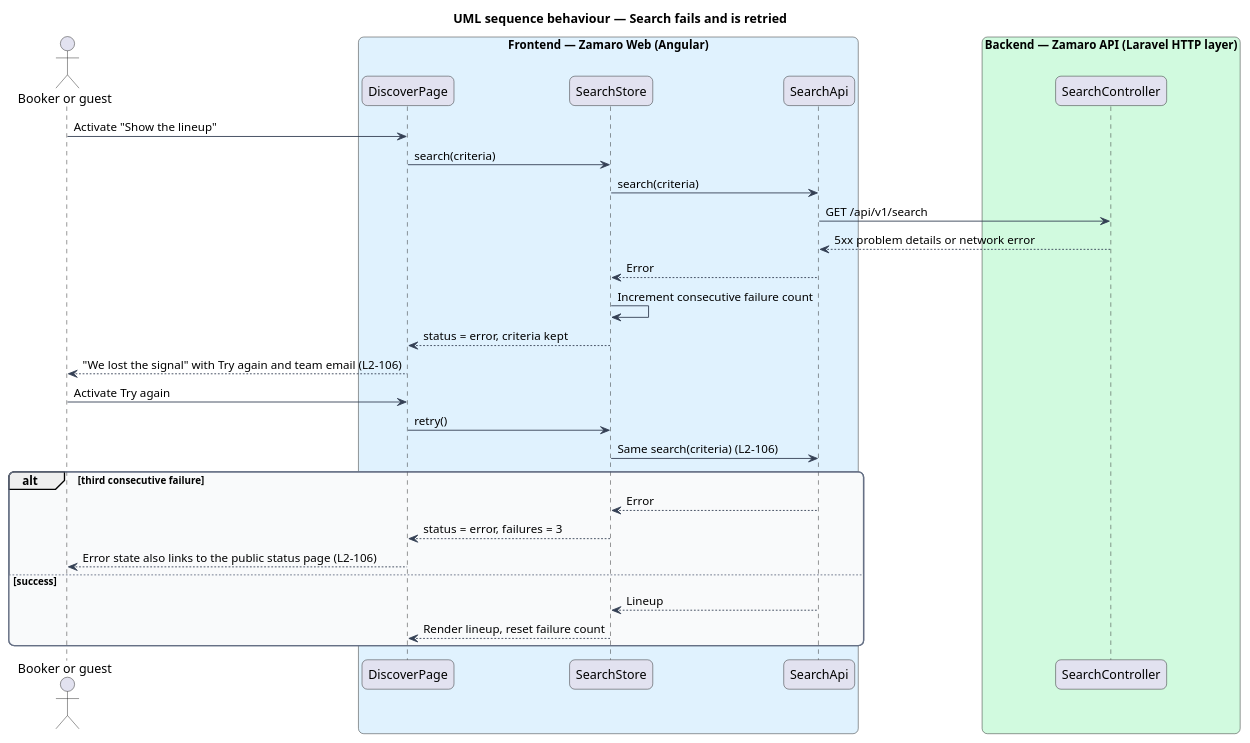
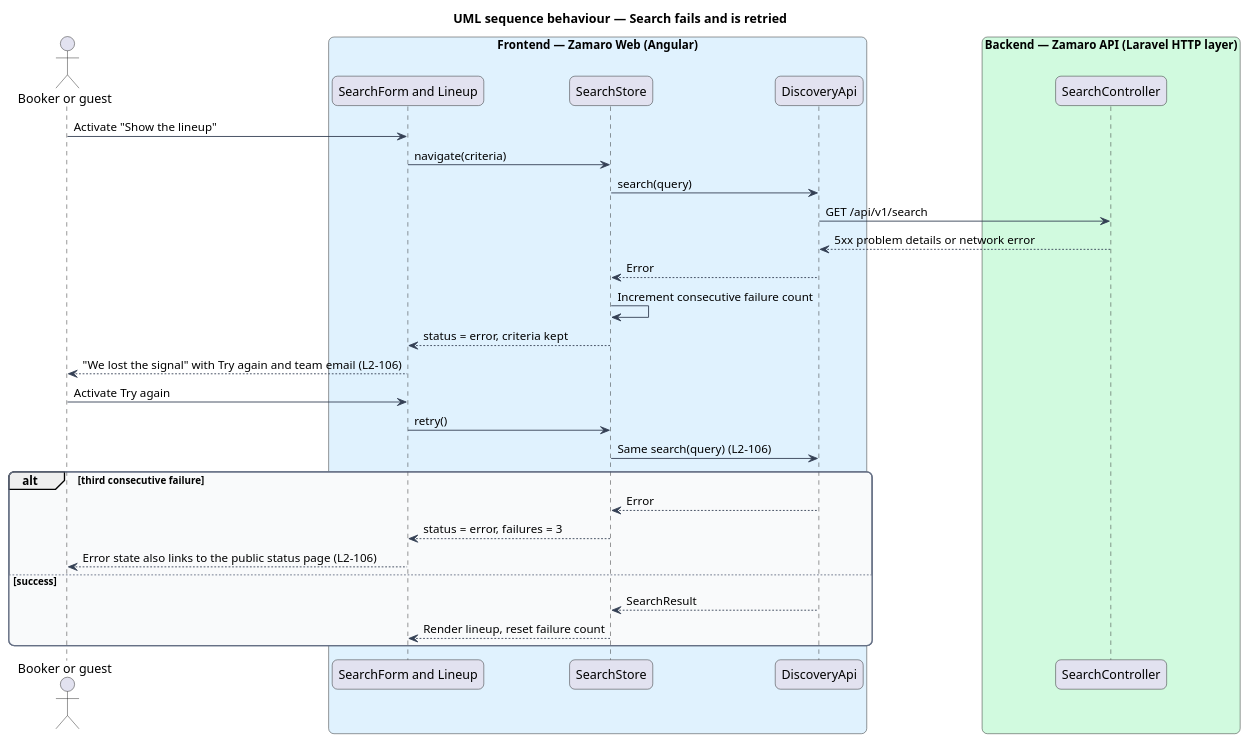
One commit to QuinntyneBrown/zamaro changed the diagram in docs/detailed-designs/discovery/search-available-artists/diagrams/sequence-search-failure.puml. Above: the diagram before and after it, drawn with PlantUML. The commit also changed 106 other files, not shown here.

```diff
--- a/docs/detailed-designs/discovery/search-available-artists/diagrams/sequence-search-failure.puml
+++ b/docs/detailed-designs/discovery/search-available-artists/diagrams/sequence-search-failure.puml
@@ -1,47 +1,47 @@
 @startuml
 title UML sequence behaviour — Search fails and is retried
 skinparam backgroundColor #FFFFFF
 skinparam shadowing false
 skinparam roundcorner 12
 skinparam defaultFontName Arial
 skinparam ArrowColor #344054
 skinparam rectangle {
   BorderColor #344054
   FontColor #101828
 }
 skinparam package {
   BorderColor #667085
   FontColor #101828
   BackgroundColor #F9FAFB
 }
 actor "Booker or guest" as actor
 box "Frontend — Zamaro Web (Angular)" #E0F2FE
-  participant "DiscoverPage" as page
+  participant "SearchForm and Lineup" as page
   participant "SearchStore" as store
-  participant "SearchApi" as client
+  participant "DiscoveryApi" as client
 end box
 box "Backend — Zamaro API (Laravel HTTP layer)" #D1FADF
   participant "SearchController" as controller
 end box
 
 actor -> page : Activate "Show the lineup"
-page -> store : search(criteria)
-store -> client : search(criteria)
+page -> store : navigate(criteria)
+store -> client : search(query)
 client -> controller : GET /api/v1/search
 controller --> client : 5xx problem details or network error
 client --> store : Error
 store -> store : Increment consecutive failure count
 store --> page : status = error, criteria kept
 page --> actor : "We lost the signal" with Try again and team email (L2-106)
 actor -> page : Activate Try again
 page -> store : retry()
-store -> client : Same search(criteria) (L2-106)
+store -> client : Same search(query) (L2-106)
 alt third consecutive failure
   client --> store : Error
   store --> page : status = error, failures = 3
   page --> actor : Error state also links to the public status page (L2-106)
 else success
-  client --> store : Lineup
+  client --> store : SearchResult
   store --> page : Render lineup, reset failure count
 end
 @enduml
```
